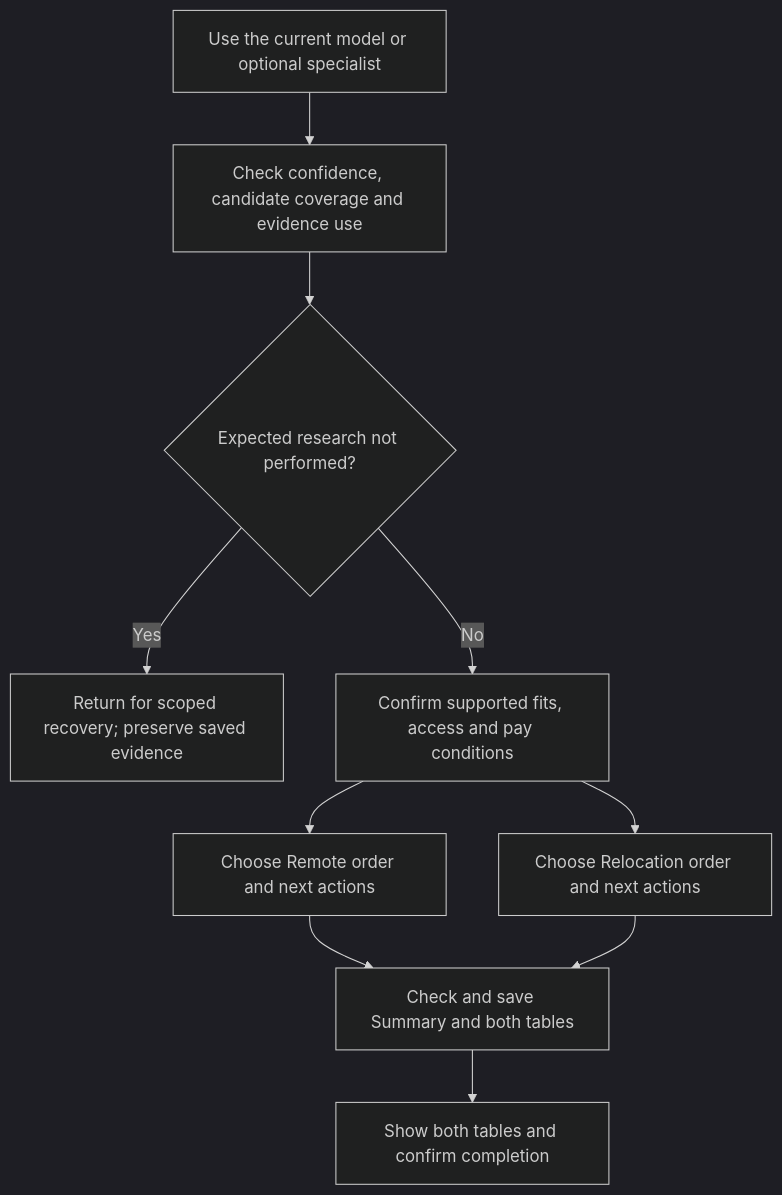
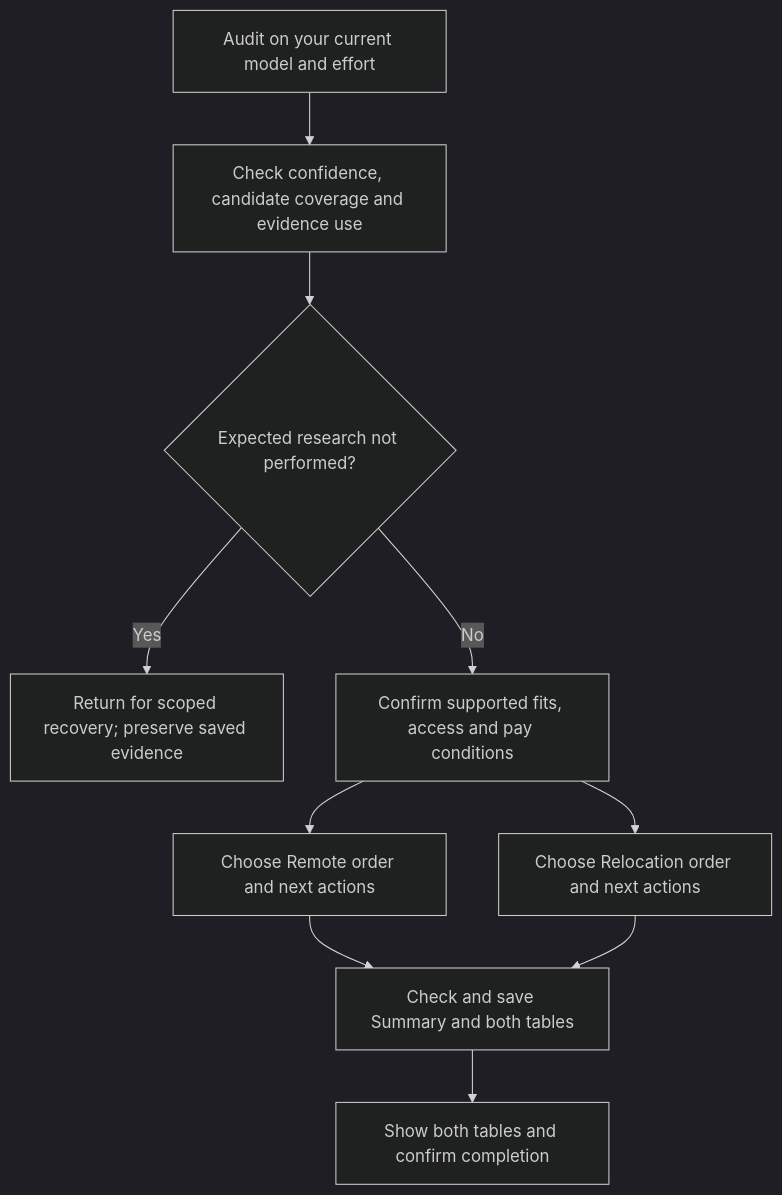
The diagram in docs/commands/country-finder/step6-final-ranking/detailed.md (myowinthein/agent-compass), drawn with Mermaid (dark theme) before and after one commit. The commit also changed 38 other files, not shown here.

First line of the commit message:
refactor(workflows): use the current model for analysis and audits

````diff
--- a/docs/commands/country-finder/step6-final-ranking/detailed.md
+++ b/docs/commands/country-finder/step6-final-ranking/detailed.md
@@ -24,12 +24,12 @@
 ```mermaid
 flowchart TD
-  Start["Use the current model or optional specialist"] --> Audit["Check confidence, candidate coverage and evidence use"]
+  Start["Audit on your current model and effort"] --> Audit["Check confidence, candidate coverage and evidence use"]
   Audit --> Missing{"Expected research not performed?"}
   Missing -->|Yes| Repair["Return for scoped recovery; preserve saved evidence"]
   Missing -->|No| Fits["Confirm supported fits, access and pay conditions"]
   Fits --> Remote["Choose Remote order and next actions"]
   Fits --> Relocation["Choose Relocation order and next actions"]
   Remote --> Save["Check and save Summary and both tables"]
   Relocation --> Save
   Save --> End["Show both tables and confirm completion"]
 ```
````
